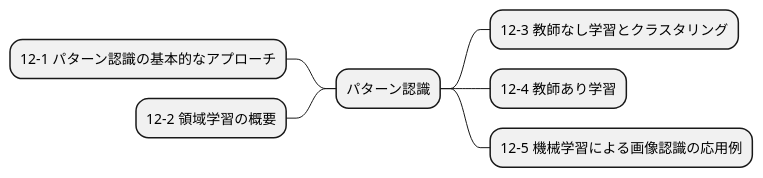
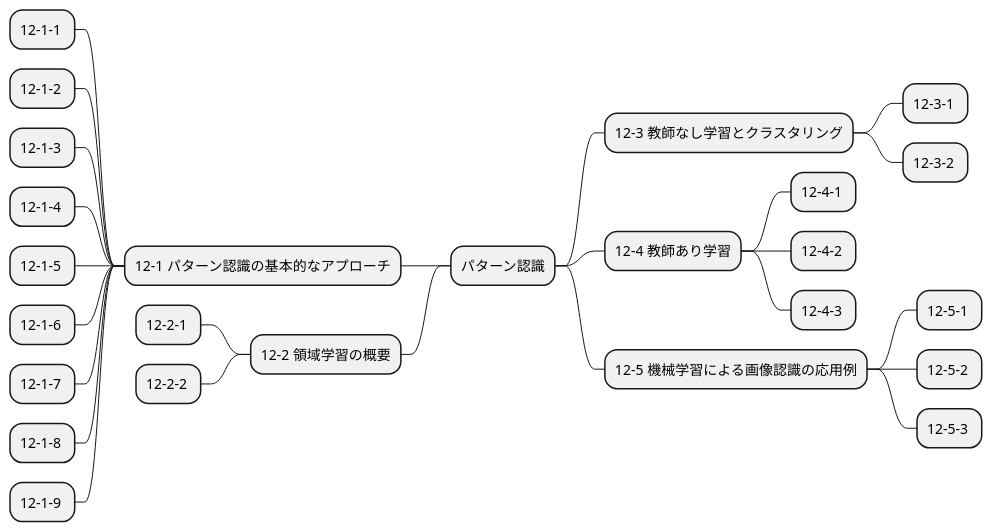
One commit to Takayoshi-Matsuyama/image_processing changed the diagram in mindmap/img_proc_expert_12.puml. Above: the diagram before and after it, drawn with PlantUML. The commit also changed 16 other files, not shown here.

Commit message:
mindmap ex numbers

```diff
--- a/mindmap/img_proc_expert_12.puml
+++ b/mindmap/img_proc_expert_12.puml
@@ -1,8 +1,27 @@
 @startmindmap img_proc_expert_12
 + パターン認識
 -- 12-1 パターン認識の基本的なアプローチ
+--- 12-1-1 
+--- 12-1-2 
+--- 12-1-3 
+--- 12-1-4 
+--- 12-1-5 
+--- 12-1-6 
+--- 12-1-7 
+--- 12-1-8 
+--- 12-1-9 
 -- 12-2 領域学習の概要
+--- 12-2-1 
+--- 12-2-2 
 ++ 12-3 教師なし学習とクラスタリング
++++ 12-3-1 
++++ 12-3-2 
 ++ 12-4 教師あり学習
++++ 12-4-1 
++++ 12-4-2 
++++ 12-4-3 
 ++ 12-5 機械学習による画像認識の応用例
++++ 12-5-1 
++++ 12-5-2 
++++ 12-5-3 
 @endmindmap
```
